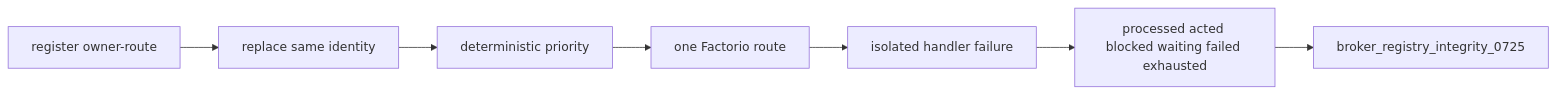
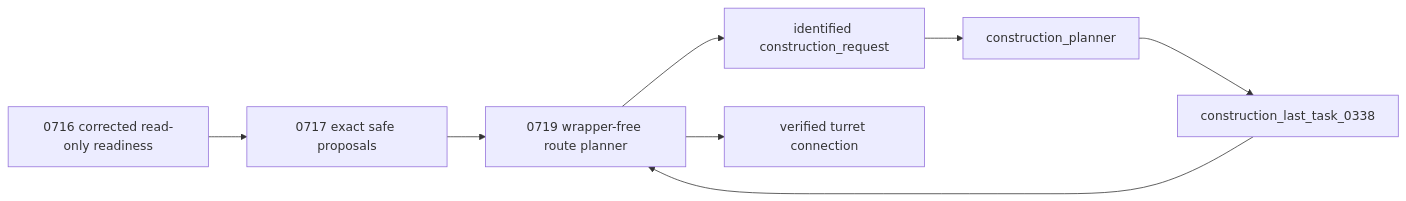
One commit to mrcalzon02/Tech-Priests changed the fifth of 6 diagrams in docs/RECOVERY_AUTHORITY_MAP_CURRENT.md. Above: the diagram before and after it, drawn with Mermaid. The commit also changed other lines of this file, not shown here.

Commit message:
Map consolidated construction and fluid turret authority

````diff
--- a/docs/RECOVERY_AUTHORITY_MAP_CURRENT.md
+++ b/docs/RECOVERY_AUTHORITY_MAP_CURRENT.md
@@ -324,11 +85,10 @@
 ```mermaid
 flowchart LR
-    Register[register owner-route]
-    Upsert[replace same identity]
-    Sort[deterministic priority]
-    Dispatch[one Factorio route]
-    Isolate[isolated handler failure]
-    Normalize[processed acted blocked waiting failed exhausted]
-    Audit[broker_registry_integrity_0725]
-    Register --> Upsert --> Sort --> Dispatch --> Isolate --> Normalize --> Audit
+    Readiness[0716 corrected read-only readiness] --> Proposal[0717 exact safe proposals]
+    Proposal --> Route[0719 wrapper-free route planner]
+    Route --> Request[identified construction_request]
+    Request --> Construction[construction_planner]
+    Construction --> Ledger[construction_last_task_0338]
+    Ledger --> Route
+    Route --> Connected[verified turret connection]
 ```
````
